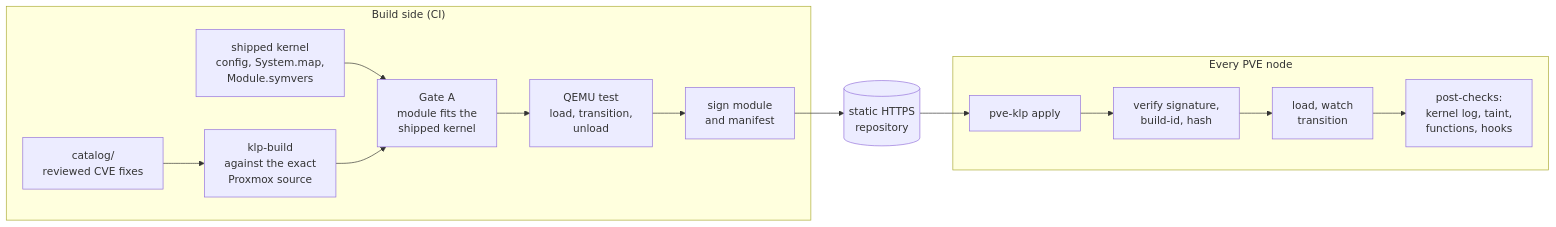
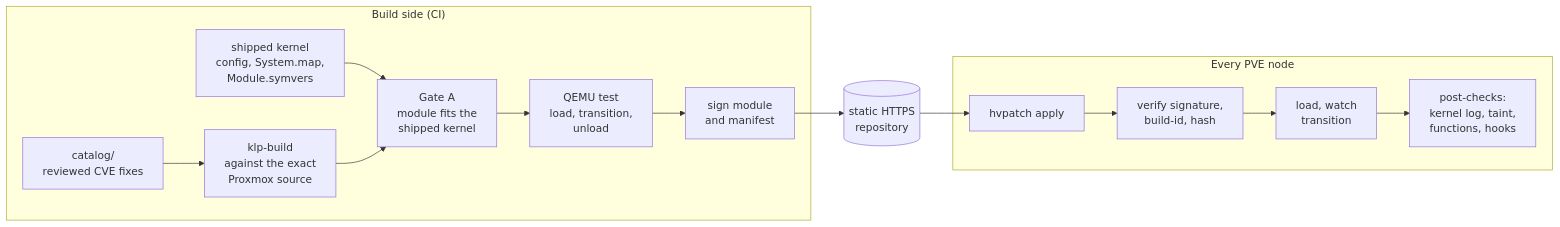
Before and after one commit to jwklijnsma/pve-livepatch-kernel: the diagram in README.md, drawn with Mermaid. The commit also changed other lines of this file and 94 other files, not shown here.

First line of the commit message:
Rename the project from pve-klp to hvpatch, release 0.2.0

````diff
--- a/README.md
+++ b/README.md
@@ -100,17 +103,17 @@
 ```mermaid
 flowchart LR
   subgraph build["Build side (CI)"]
     C["catalog/<br/>reviewed CVE fixes"] --> B["klp-build<br/>against the exact<br/>Proxmox source"]
     S["shipped kernel<br/>config, System.map,<br/>Module.symvers"] --> G
     B --> G["Gate A<br/>module fits the<br/>shipped kernel"]
     G --> Q["QEMU test<br/>load, transition,<br/>unload"]
     Q --> SIG["sign module<br/>and manifest"]
   end
   SIG --> R[("static HTTPS<br/>repository")]
   subgraph node["Every PVE node"]
-    A["pve-klp apply"] --> V["verify signature,<br/>build-id, hash"]
+    A["hvpatch apply"] --> V["verify signature,<br/>build-id, hash"]
     V --> L["load, watch<br/>transition"]
     L --> P["post-checks:<br/>kernel log, taint,<br/>functions, hooks"]
   end
   R --> A
 ```
````
